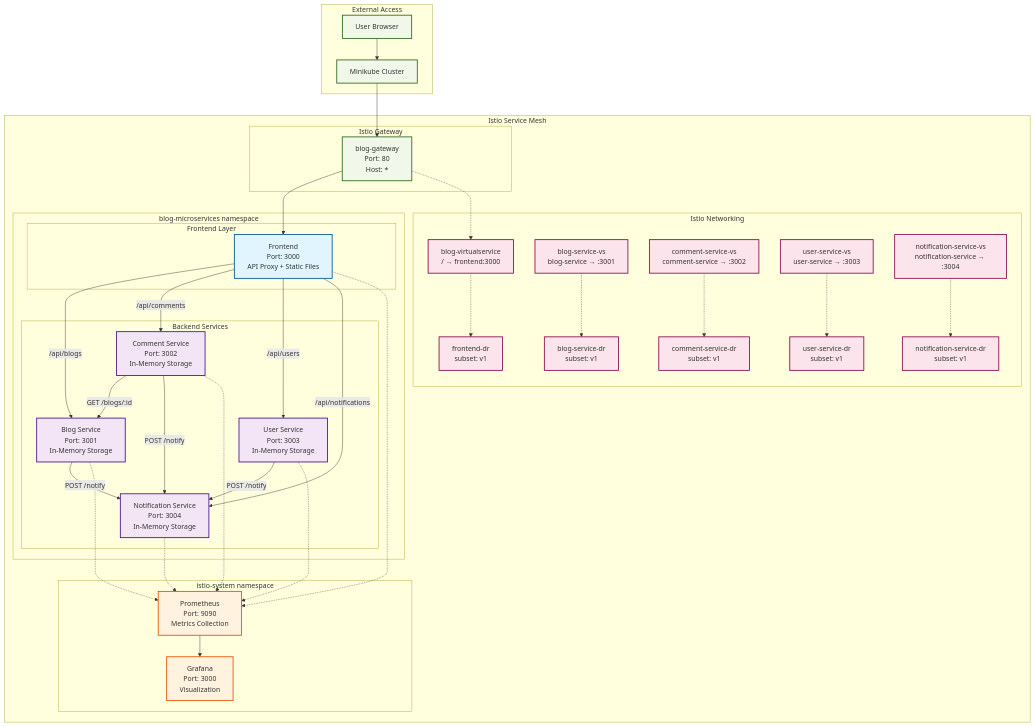
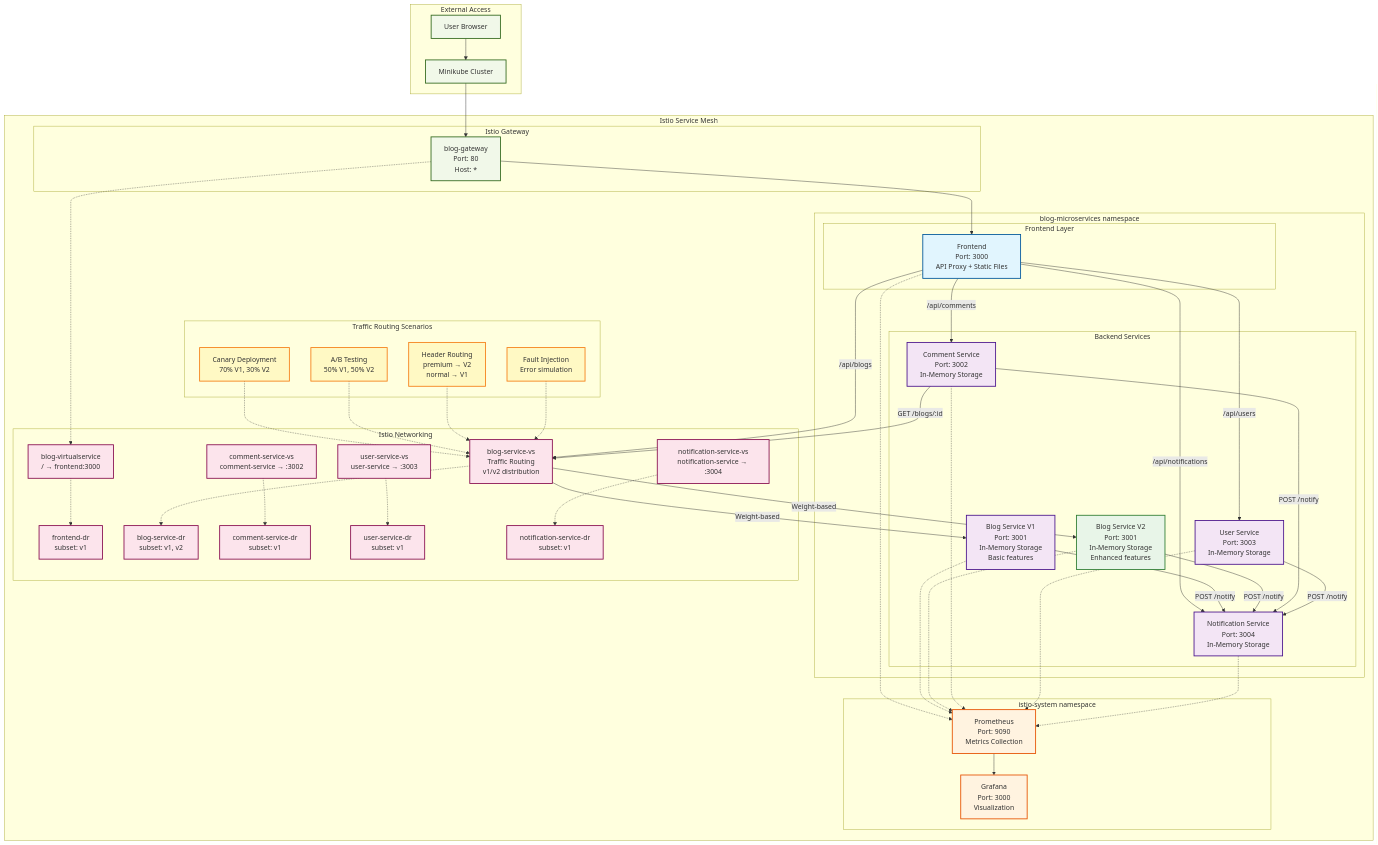
Before and after one commit to vvt911/blog-microservices: the first of 14 diagrams in docs/architecture-diagrams.md, drawn with Mermaid. The commit also changed other lines of this file, not shown here.

````diff
--- a/docs/architecture-diagrams.md
+++ b/docs/architecture-diagrams.md
@@ -20,7 +20,8 @@
             end
             
             subgraph "Backend Services"
-                BlogService[Blog Service<br/>Port: 3001<br/>In-Memory Storage]
+                BlogServiceV1[Blog Service V1<br/>Port: 3001<br/>In-Memory Storage<br/>Basic features]
+                BlogServiceV2[Blog Service V2<br/>Port: 3001<br/>In-Memory Storage<br/>Enhanced features]
                 CommentService[Comment Service<br/>Port: 3002<br/>In-Memory Storage]
                 UserService[User Service<br/>Port: 3003<br/>In-Memory Storage]
                 NotificationService[Notification Service<br/>Port: 3004<br/>In-Memory Storage]
@@ -29,16 +30,23 @@
         
         subgraph "Istio Networking"
             VS1[blog-virtualservice<br/>/ → frontend:3000]
-            VS2[blog-service-vs<br/>blog-service → :3001]
+            VS2[blog-service-vs<br/>Traffic Routing<br/>v1/v2 distribution]
             VS3[comment-service-vs<br/>comment-service → :3002]
             VS4[user-service-vs<br/>user-service → :3003]
             VS5[notification-service-vs<br/>notification-service → :3004]
             
             DR1[frontend-dr<br/>subset: v1]
-            DR2[blog-service-dr<br/>subset: v1]
+            DR2[blog-service-dr<br/>subset: v1, v2]
             DR3[comment-service-dr<br/>subset: v1]
             DR4[user-service-dr<br/>subset: v1]
             DR5[notification-service-dr<br/>subset: v1]
+        end
+        
+        subgraph "Traffic Routing Scenarios"
+            Canary[Canary Deployment<br/>70% V1, 30% V2]
+            ABTest[A/B Testing<br/>50% V1, 50% V2]
+            HeaderRoute[Header Routing<br/>premium → V2<br/>normal → V1]
+            FaultInjection[Fault Injection<br/>Error simulation]
         end
         
         subgraph "istio-system namespace"
@@ -53,14 +61,19 @@
     Gateway --> Frontend
     
     %% Frontend API Proxy Routes
-    Frontend --> |/api/blogs| BlogService
+    Frontend --> |/api/blogs| VS2
     Frontend --> |/api/comments| CommentService
     Frontend --> |/api/users| UserService
     Frontend --> |/api/notifications| NotificationService
     
+    %% Traffic Routing to Blog Services
+    VS2 --> |Weight-based| BlogServiceV1
+    VS2 --> |Weight-based| BlogServiceV2
+    
     %% Inter-Service Communication
-    BlogService --> |POST /notify| NotificationService
-    CommentService --> |GET /blogs/:id| BlogService
+    BlogServiceV1 --> |POST /notify| NotificationService
+    BlogServiceV2 --> |POST /notify| NotificationService
+    CommentService --> |GET /blogs/:id| VS2
     CommentService --> |POST /notify| NotificationService
     UserService --> |POST /notify| NotificationService
     
@@ -72,9 +85,16 @@
     VS4 -.-> DR4
     VS5 -.-> DR5
     
+    %% Traffic Scenarios
+    Canary -.-> VS2
+    ABTest -.-> VS2
+    HeaderRoute -.-> VS2
+    FaultInjection -.-> VS2
+    
     %% Monitoring (Envoy Sidecar)
     Frontend -.-> Prometheus
-    BlogService -.-> Prometheus
+    BlogServiceV1 -.-> Prometheus
+    BlogServiceV2 -.-> Prometheus
     CommentService -.-> Prometheus
     UserService -.-> Prometheus
     NotificationService -.-> Prometheus
@@ -84,13 +104,17 @@
     %% Styling
     classDef frontend fill:#e1f5fe,stroke:#01579b,stroke-width:2px
     classDef backend fill:#f3e5f5,stroke:#4a148c,stroke-width:2px
+    classDef backendv2 fill:#e8f5e8,stroke:#2e7d32,stroke-width:2px
     classDef monitoring fill:#fff3e0,stroke:#e65100,stroke-width:2px
     classDef external fill:#f1f8e9,stroke:#33691e,stroke-width:2px
     classDef istio fill:#fce4ec,stroke:#880e4f,stroke-width:2px
+    classDef traffic fill:#fff9c4,stroke:#f57f17,stroke-width:2px
     
     class Frontend frontend
-    class BlogService,CommentService,UserService,NotificationService backend
+    class BlogServiceV1,CommentService,UserService,NotificationService backend
+    class BlogServiceV2 backendv2
     class Prometheus,Grafana monitoring
     class User,Minikube,Gateway external
     class VS1,VS2,VS3,VS4,VS5,DR1,DR2,DR3,DR4,DR5 istio
+    class Canary,ABTest,HeaderRoute,FaultInjection traffic
 ```
````
